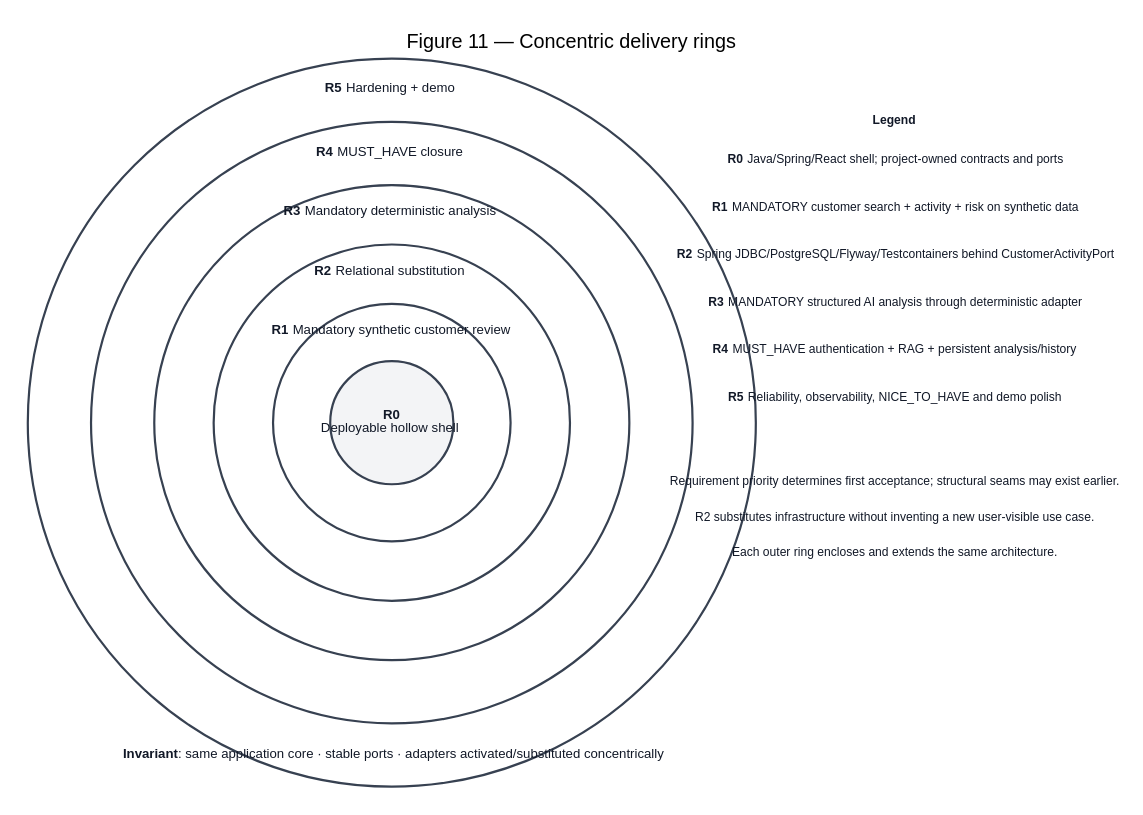
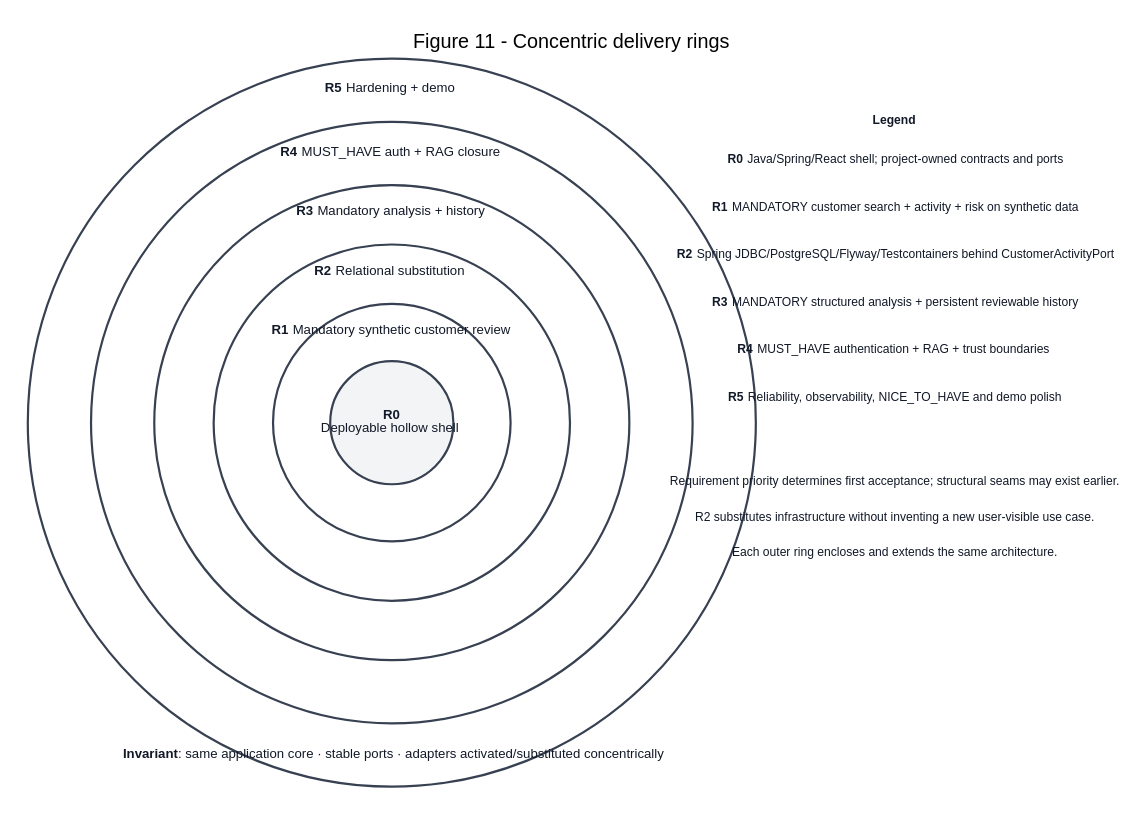
The diagram in docs/assignment/SDD/diagrams/delivery-rings.dot (jdoe-dev-159753/specgraph-reference-app), drawn with Graphviz before and after one commit.

Commit message:
docs: align delivery-ring diagram source with R3 history

```diff
--- a/docs/assignment/SDD/diagrams/delivery-rings.dot
+++ b/docs/assignment/SDD/diagrams/delivery-rings.dot
@@ -1,65 +1,65 @@
 graph DeliveryRings {
   graph [
     layout=neato,
     overlap=true,
     splines=false,
     outputorder=edgesfirst,
     bgcolor="#FFFFFF",
     margin=0.08,
     pad=0.25,
     labelloc=t,
-    label="Figure 11 — Concentric delivery rings",
+    label="Figure 11 - Concentric delivery rings",
     fontsize=18,
     fontname="Arial"
   ];
 
   node [
     shape=circle,
     fixedsize=true,
     label="",
     color="#374151",
     penwidth=2.0,
     pin=true
   ];
 
   r5 [width=9.2, height=9.2, pos="0,0!"];
   r4 [width=7.6, height=7.6, pos="0,0!"];
   r3 [width=6.0, height=6.0, pos="0,0!"];
   r2 [width=4.5, height=4.5, pos="0,0!"];
   r1 [width=3.0, height=3.0, pos="0,0!"];
   r0 [width=1.55, height=1.55, pos="0,0!", style=filled, fillcolor="#F3F4F6"];
 
   node [
     shape=plain,
     fixedsize=false,
     pin=true,
     fontname="Arial",
     fontcolor="#111827",
     fontsize=12
   ];
 
   t0 [label=<<B>R0</B><BR/>Deployable hollow shell>, pos="0,0!"];
   t1 [label=<<B>R1</B>  Mandatory synthetic customer review>, pos="0,1.15!"];
   t2 [label=<<B>R2</B>  Relational substitution>, pos="0,1.90!"];
-  t3 [label=<<B>R3</B>  Mandatory deterministic analysis>, pos="0,2.65!"];
-  t4 [label=<<B>R4</B>  MUST_HAVE closure>, pos="0,3.40!"];
+  t3 [label=<<B>R3</B>  Mandatory analysis + history>, pos="0,2.65!"];
+  t4 [label=<<B>R4</B>  MUST_HAVE auth + RAG closure>, pos="0,3.40!"];
   t5 [label=<<B>R5</B>  Hardening + demo>, pos="0,4.20!"];
 
   invariant [
     label=<<B>Invariant</B>: same application core · stable ports · adapters activated/substituted concentrically>,
     pos="0,-4.20!"
   ];
 
   node [shape=plain, pin=true, fontname="Arial", fontsize=11, fontcolor="#111827"];
   legend_title [label=<<B>Legend</B>>, pos="6.35,3.80!"];
   legend_r0 [label=<<B>R0</B>  Java/Spring/React shell; project-owned contracts and ports>, pos="6.35,3.30!"];
   legend_r1 [label=<<B>R1</B>  MANDATORY customer search + activity + risk on synthetic data>, pos="6.35,2.70!"];
   legend_r2 [label=<<B>R2</B>  Spring JDBC/PostgreSQL/Flyway/Testcontainers behind CustomerActivityPort>, pos="6.35,2.10!"];
-  legend_r3 [label=<<B>R3</B>  MANDATORY structured AI analysis through deterministic adapter>, pos="6.35,1.50!"];
-  legend_r4 [label=<<B>R4</B>  MUST_HAVE authentication + RAG + persistent analysis/history>, pos="6.35,0.90!"];
+  legend_r3 [label=<<B>R3</B>  MANDATORY structured analysis + persistent reviewable history>, pos="6.35,1.50!"];
+  legend_r4 [label=<<B>R4</B>  MUST_HAVE authentication + RAG + trust boundaries>, pos="6.35,0.90!"];
   legend_r5 [label=<<B>R5</B>  Reliability, observability, NICE_TO_HAVE and demo polish>, pos="6.35,0.30!"];
 
   reading_1 [label="Requirement priority determines first acceptance; structural seams may exist earlier.", pos="6.35,-0.75!"];
   reading_2 [label="R2 substitutes infrastructure without inventing a new user-visible use case.", pos="6.35,-1.20!"];
   reading_3 [label="Each outer ring encloses and extends the same architecture.", pos="6.35,-1.65!"];
 }
```
